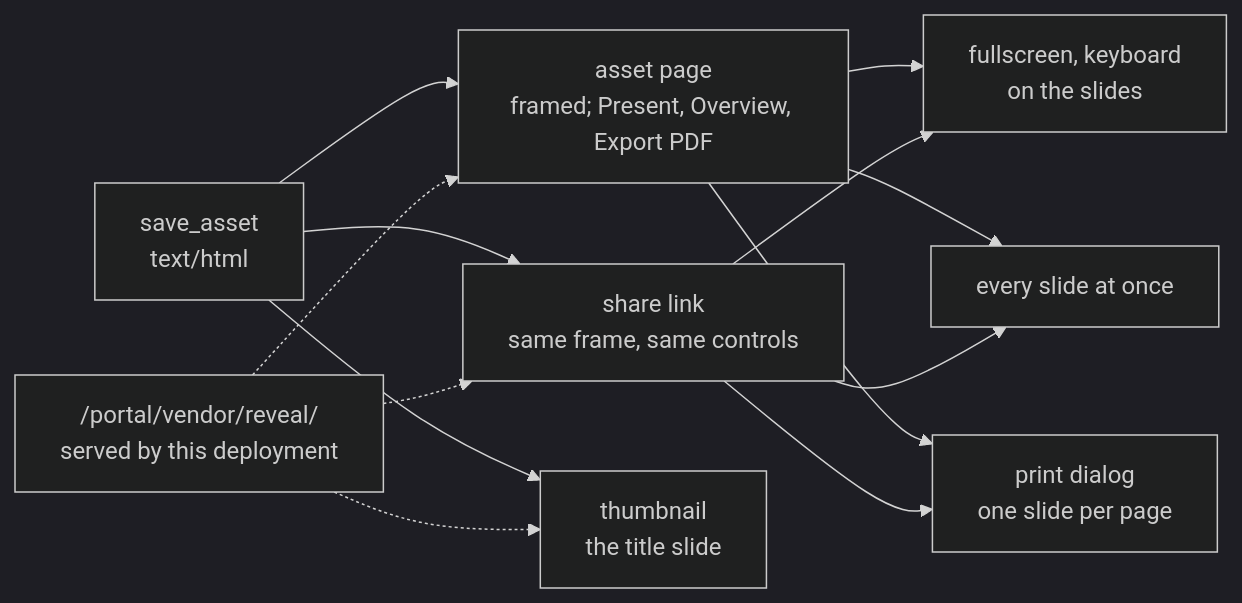
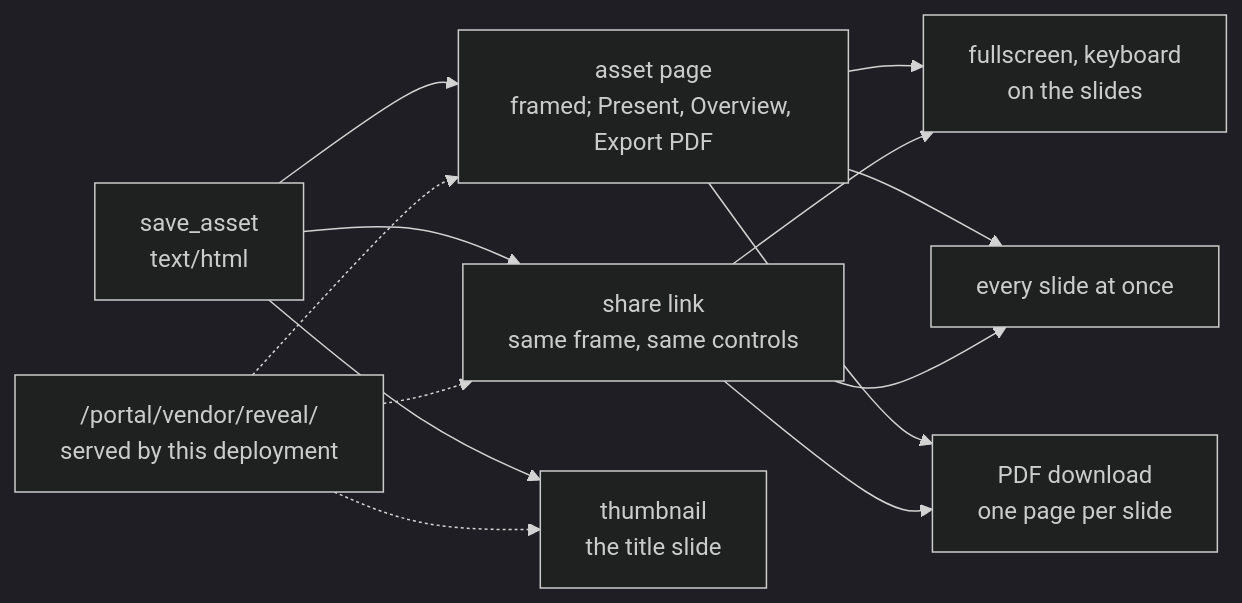
The diagram in internal/platform/knowledgebuiltin/pages/presentations.md (txn2/mcp-data-platform), drawn with Mermaid (dark theme) before and after one commit. The commit also changed other lines of this file and 75 other files, not shown here.

````diff
--- a/internal/platform/knowledgebuiltin/pages/presentations.md
+++ b/internal/platform/knowledgebuiltin/pages/presentations.md
@@ -10,15 +13,15 @@
 ```mermaid
 flowchart LR
   A["save_asset<br/>text/html"] --> B["asset page<br/>framed; Present, Overview, Export PDF"]
   A --> C["share link<br/>same frame, same controls"]
   A --> D["thumbnail<br/>the title slide"]
   B --> E["fullscreen, keyboard<br/>on the slides"]
   B --> F["every slide at once"]
-  B --> G["print dialog<br/>one slide per page"]
+  B --> G["PDF download<br/>one page per slide"]
   C --> E
   C --> F
   C --> G
   R["/portal/vendor/reveal/<br/>served by this deployment"] -.-> B
   R -.-> C
   R -.-> D
 ```
````
